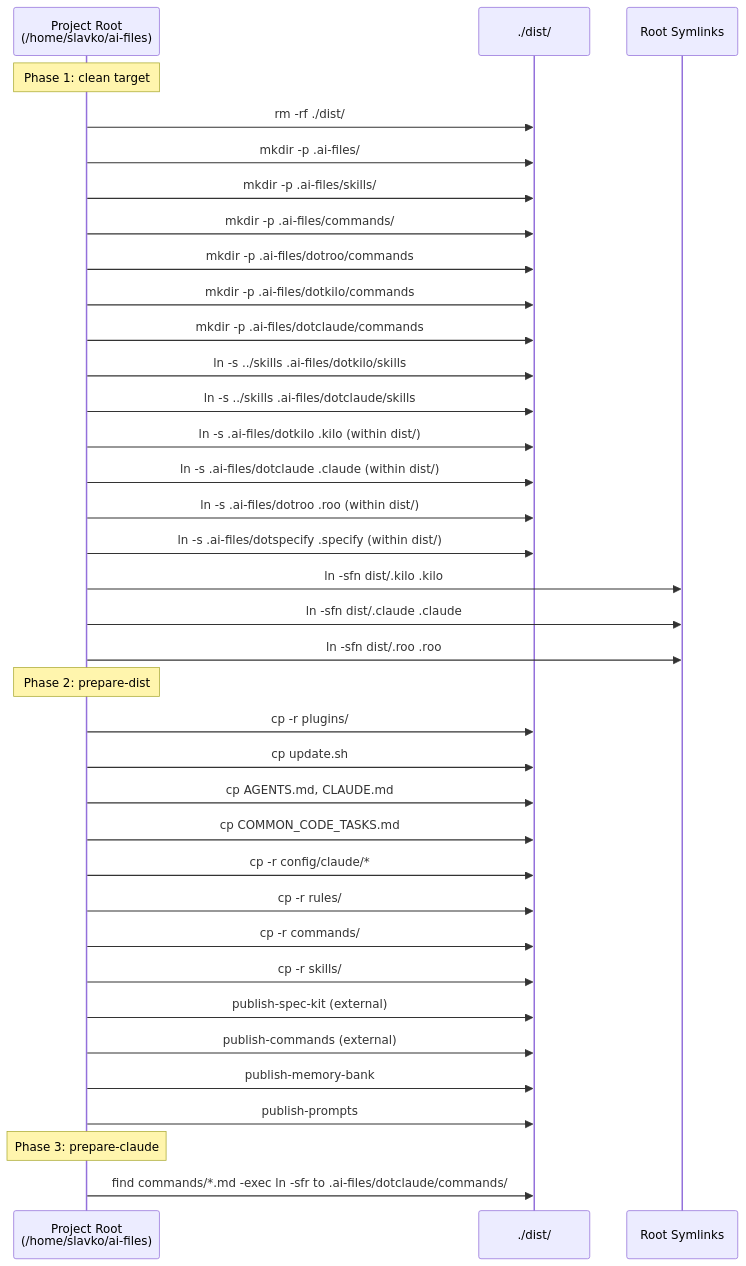
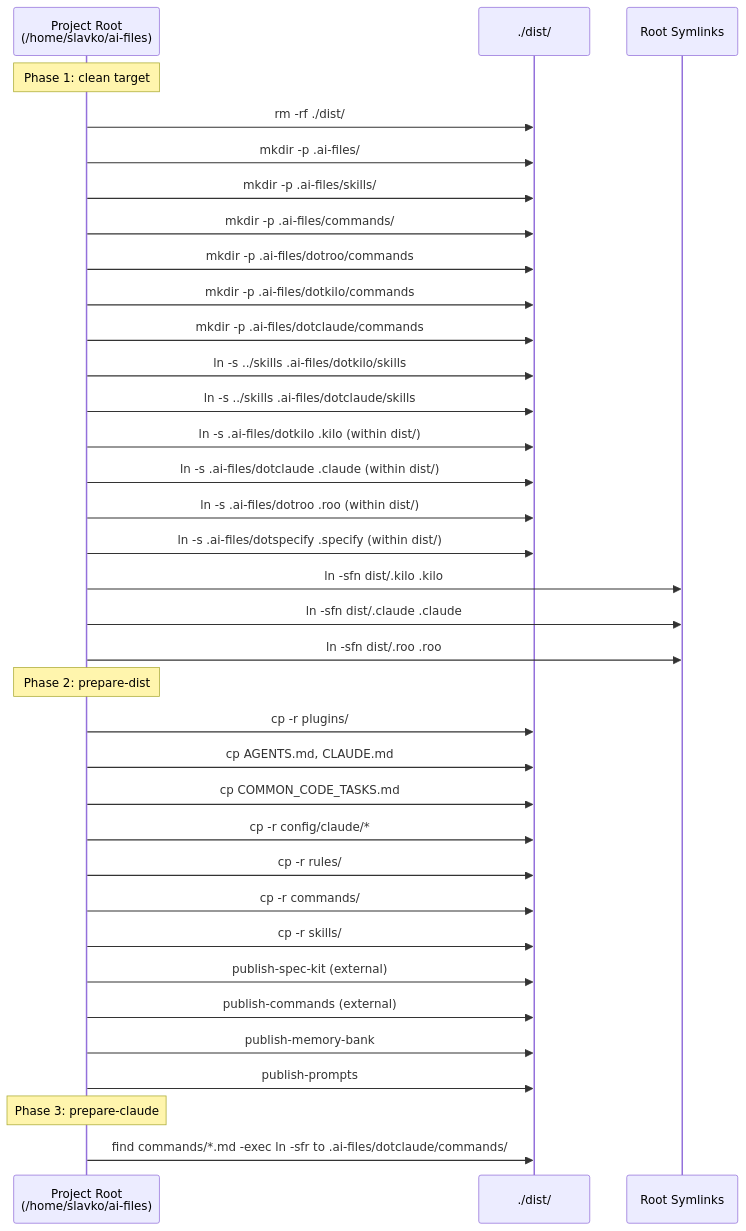
One commit to Voronenko/ai-files changed the second of 3 diagrams in docs/makefile-readme.md. Above: the diagram before and after it, drawn with Mermaid. The commit also changed other lines of this file and 3 other files, not shown here.

````diff
--- a/docs/makefile-readme.md
+++ b/docs/makefile-readme.md
@@ -51,41 +51,40 @@
 ```mermaid
 sequenceDiagram
     participant Source as Project Root<br/>(/home/slavko/ai-files)
     participant Dist as ./dist/
     participant Symlinks as Root Symlinks
 
     Note over Source: Phase 1: clean target
     Source->>Dist: rm -rf ./dist/
     Source->>Dist: mkdir -p .ai-files/
     Source->>Dist: mkdir -p .ai-files/skills/
     Source->>Dist: mkdir -p .ai-files/commands/
     Source->>Dist: mkdir -p .ai-files/dotroo/commands
     Source->>Dist: mkdir -p .ai-files/dotkilo/commands
     Source->>Dist: mkdir -p .ai-files/dotclaude/commands
     Source->>Dist: ln -s ../skills .ai-files/dotkilo/skills
     Source->>Dist: ln -s ../skills .ai-files/dotclaude/skills
     Source->>Dist: ln -s .ai-files/dotkilo .kilo (within dist/)
     Source->>Dist: ln -s .ai-files/dotclaude .claude (within dist/)
     Source->>Dist: ln -s .ai-files/dotroo .roo (within dist/)
     Source->>Dist: ln -s .ai-files/dotspecify .specify (within dist/)
     Source->>Symlinks: ln -sfn dist/.kilo .kilo
     Source->>Symlinks: ln -sfn dist/.claude .claude
     Source->>Symlinks: ln -sfn dist/.roo .roo
 
     Note over Source: Phase 2: prepare-dist
     Source->>Dist: cp -r plugins/
-    Source->>Dist: cp update.sh
     Source->>Dist: cp AGENTS.md, CLAUDE.md
     Source->>Dist: cp COMMON_CODE_TASKS.md
     Source->>Dist: cp -r config/claude/*
     Source->>Dist: cp -r rules/
     Source->>Dist: cp -r commands/
     Source->>Dist: cp -r skills/
     Source->>Dist: publish-spec-kit (external)
     Source->>Dist: publish-commands (external)
     Source->>Dist: publish-memory-bank
     Source->>Dist: publish-prompts
 
     Note over Source: Phase 3: prepare-claude
     Source->>Dist: find commands/*.md -exec ln -sfr to .ai-files/dotclaude/commands/
 ```
````
